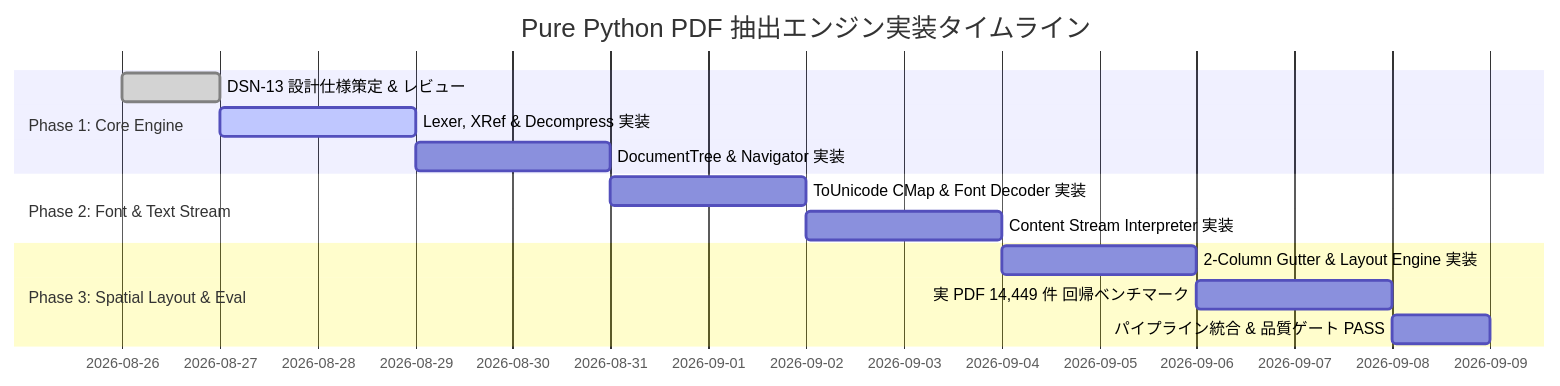
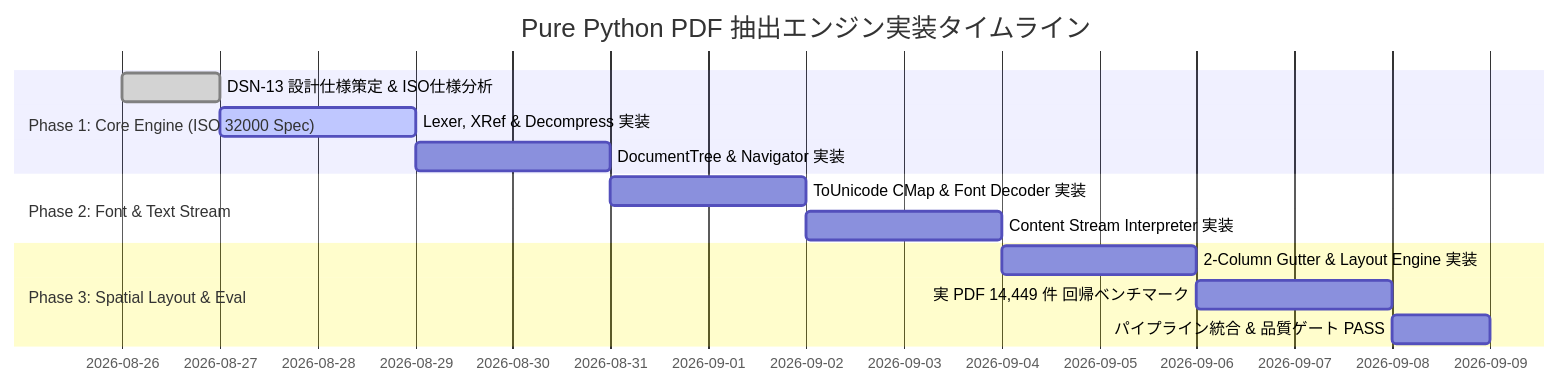
The third of 3 diagrams in docs/designs/DSN-13-pure_python_pdf_text_extractor.md (rokujyouhitoma/arxiv-security-papers), drawn with Mermaid before and after one commit. The commit also changed other lines of this file, not shown here.

Commit message:
docs(design): incorporate ISO 32000-1/2 spec compliance analysis into DSN-13

````diff
--- a/docs/designs/DSN-13-pure_python_pdf_text_extractor.md
+++ b/docs/designs/DSN-13-pure_python_pdf_text_extractor.md
@@ -662,16 +741,16 @@
 ```mermaid
 gantt
     title Pure Python PDF 抽出エンジン実装タイムライン
     dateFormat  YYYY-MM-DD
-    section Phase 1: Core Engine
-    DSN-13 設計仕様策定 & レビュー      :done,    p1_1, 2026-08-26, 1d
+    section Phase 1: Core Engine (ISO 32000 Spec)
+    DSN-13 設計仕様策定 & ISO仕様分析   :done,    p1_1, 2026-08-26, 1d
     Lexer, XRef & Decompress 実装       :active,  p1_2, 2026-08-27, 2d
     DocumentTree & Navigator 実装       :         p1_3, 2026-08-29, 2d
     section Phase 2: Font & Text Stream
     ToUnicode CMap & Font Decoder 実装  :         p2_1, 2026-08-31, 2d
     Content Stream Interpreter 実装     :         p2_2, 2026-09-02, 2d
     section Phase 3: Spatial Layout & Eval
     2-Column Gutter & Layout Engine 実装:         p3_1, 2026-09-04, 2d
     実 PDF 14,449 件 回帰ベンチマーク   :         p3_2, 2026-09-06, 2d
     パイプライン統合 & 品質ゲート PASS  :         p3_3, 2026-09-08, 1d
 ```
````
